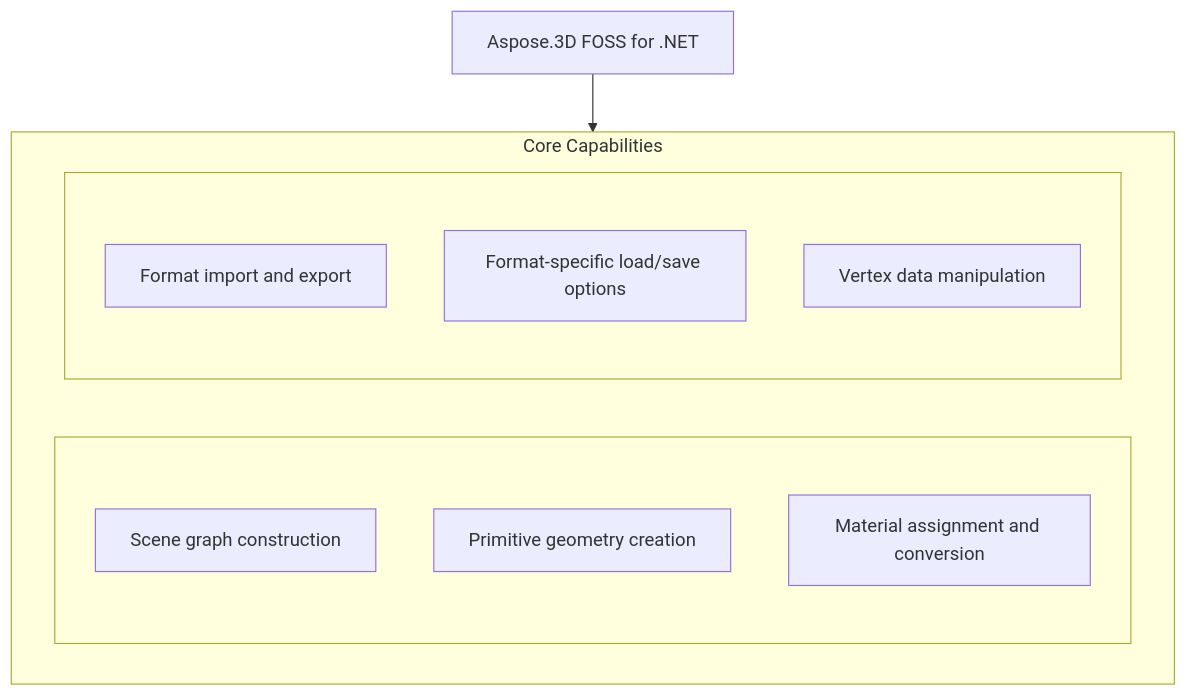
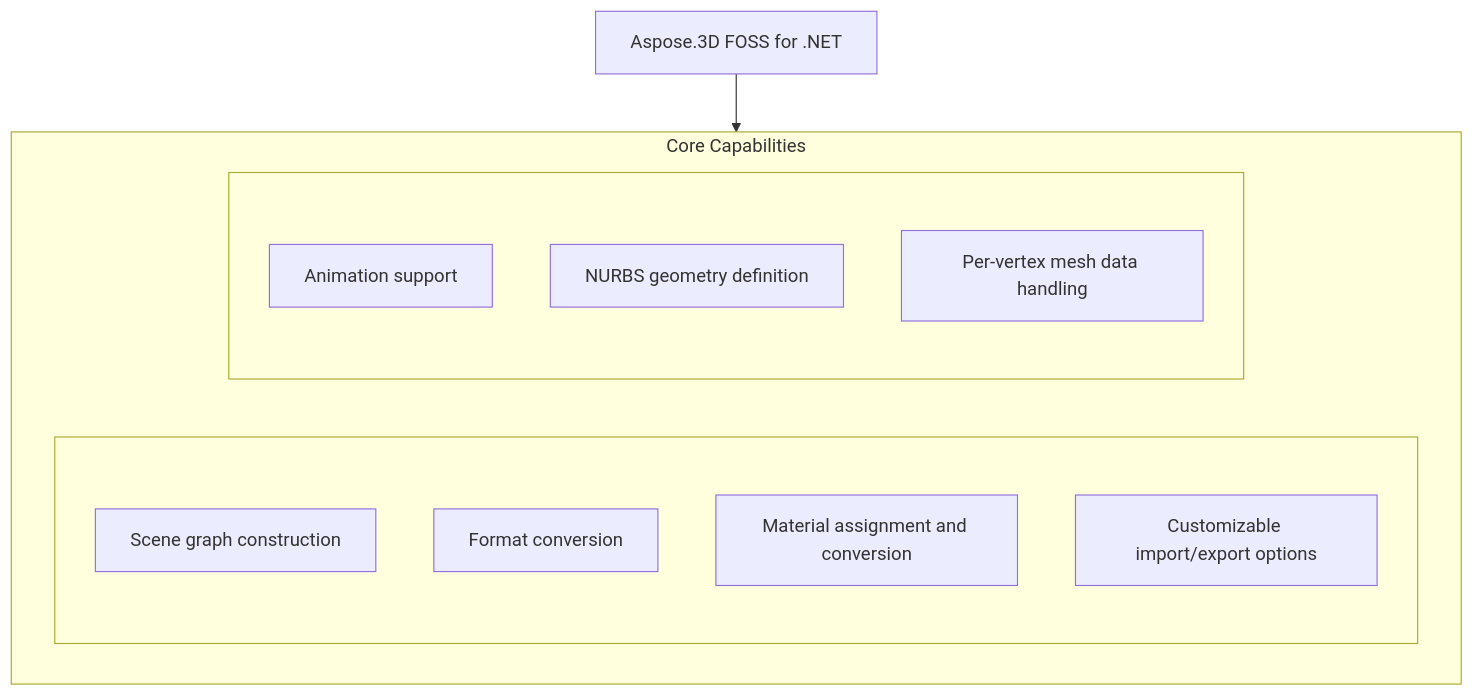
The diagram in candidates/aspose-3d-foss__Aspose.3D-FOSS-for-.NET/52b0f00ebf28a0b4173921725ff170685ec2c502/README.md (babar-raza/repository-presenter), drawn with Mermaid before and after one commit. The commit also changed other lines of this file and 14 other files, not shown here.

````diff
--- a/candidates/aspose-3d-foss__Aspose.3D-FOSS-for-.NET/52b0f00ebf28a0b4173921725ff170685ec2c502/README.md
+++ b/candidates/aspose-3d-foss__Aspose.3D-FOSS-for-.NET/52b0f00ebf28a0b4173921725ff170685ec2c502/README.md
@@ -25,20 +25,21 @@
 ```mermaid
 flowchart TD
   PRODUCT["Aspose.3D FOSS for .NET"]
   subgraph Capabilities["Core Capabilities"]
     direction LR
     subgraph capl[" "]
       direction TB
       c1["Scene graph construction"]
-      c2["Primitive geometry creation"]
+      c2["Format conversion"]
       c3["Material assignment and conversion"]
+      c4["Customizable import/export options"]
     end
     subgraph capr[" "]
       direction TB
-      c4["Format import and export"]
-      c5["Format-specific load/save options"]
-      c6["Vertex data manipulation"]
+      c5["Animation support"]
+      c6["NURBS geometry definition"]
+      c7["Per-vertex mesh data handling"]
     end
   end
   PRODUCT --> Capabilities
 ```
````
